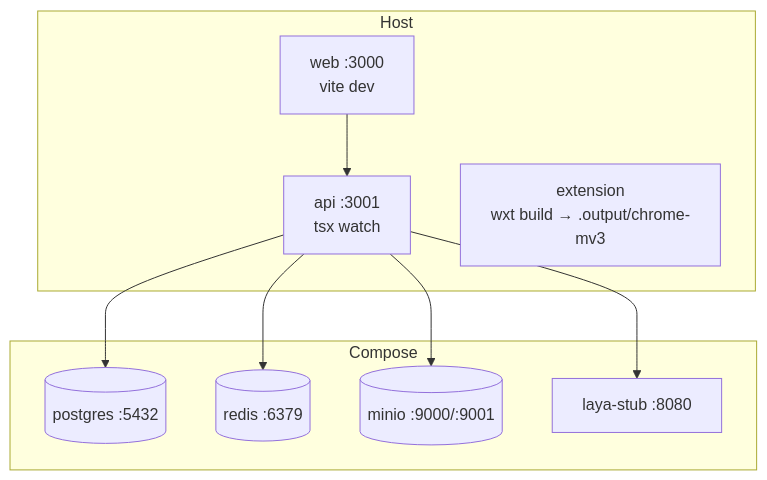
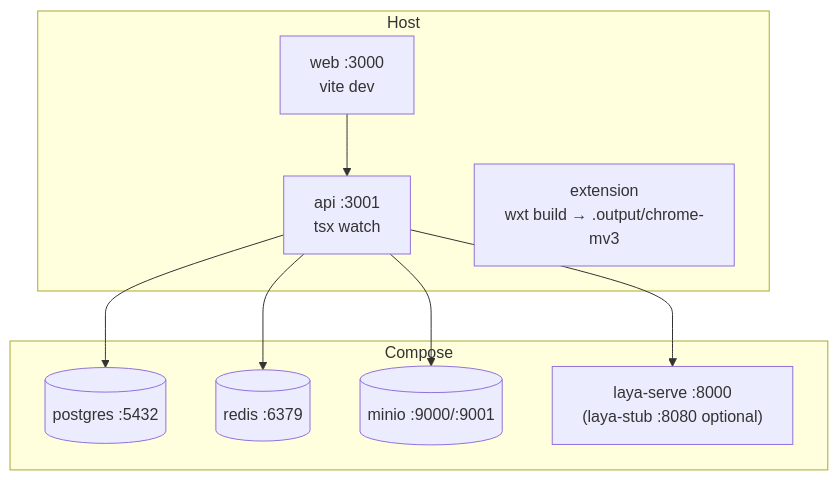
One commit to BurningFlamesss/meantime changed the second of 6 diagrams in ARCHITECTURE.md. Above: the diagram before and after it, drawn with Mermaid. The commit also changed other lines of this file and 10 other files, not shown here.

````diff
--- a/ARCHITECTURE.md
+++ b/ARCHITECTURE.md
@@ -119,19 +119,19 @@
 ```mermaid
 flowchart TB
   subgraph Host
     WEBDEV["web :3000<br/>vite dev"]
     APIDEV["api :3001<br/>tsx watch"]
     EXT["extension<br/>wxt build → .output/chrome-mv3"]
   end
   subgraph Compose
     PG[("postgres :5432")]
     RD[("redis :6379")]
     MINIO[("minio :9000/:9001")]
-    LAYA["laya-stub :8080"]
+    LAYA["laya-serve :8000<br/>(laya-stub :8080 optional)"]
   end
   WEBDEV --> APIDEV
   APIDEV --> PG
   APIDEV --> RD
   APIDEV --> MINIO
   APIDEV --> LAYA
 ```
````
